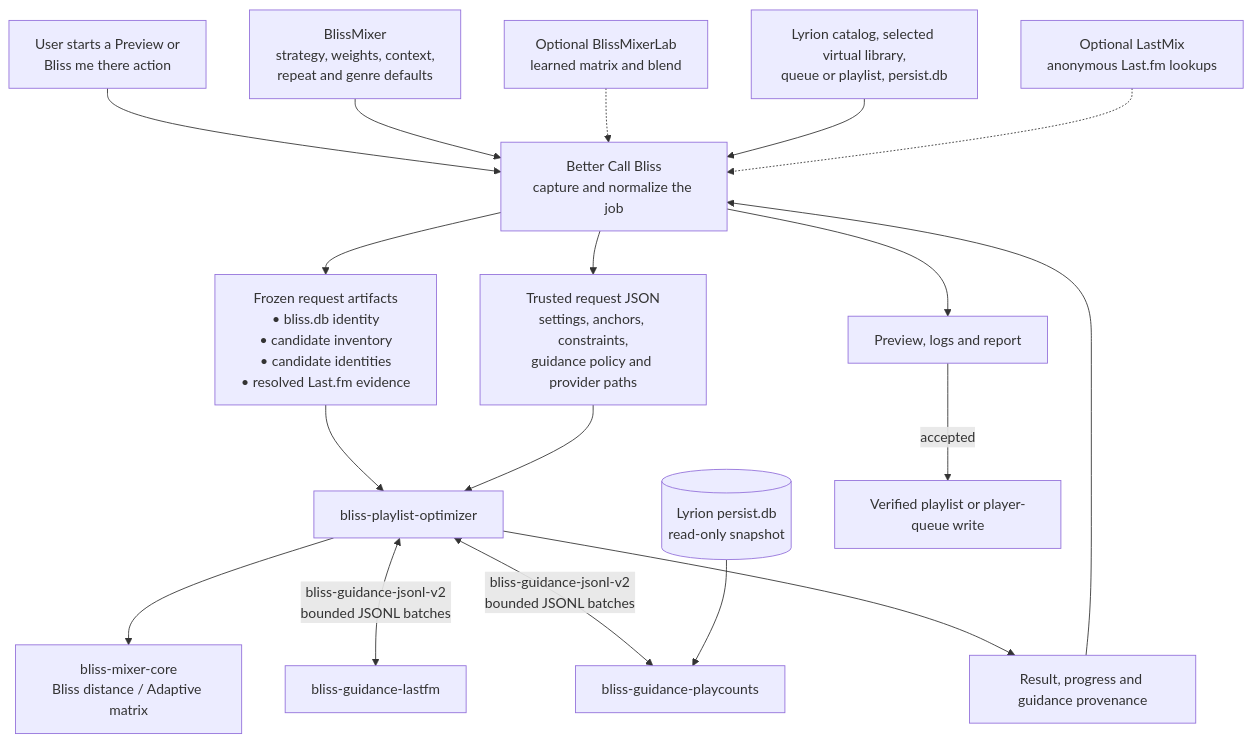
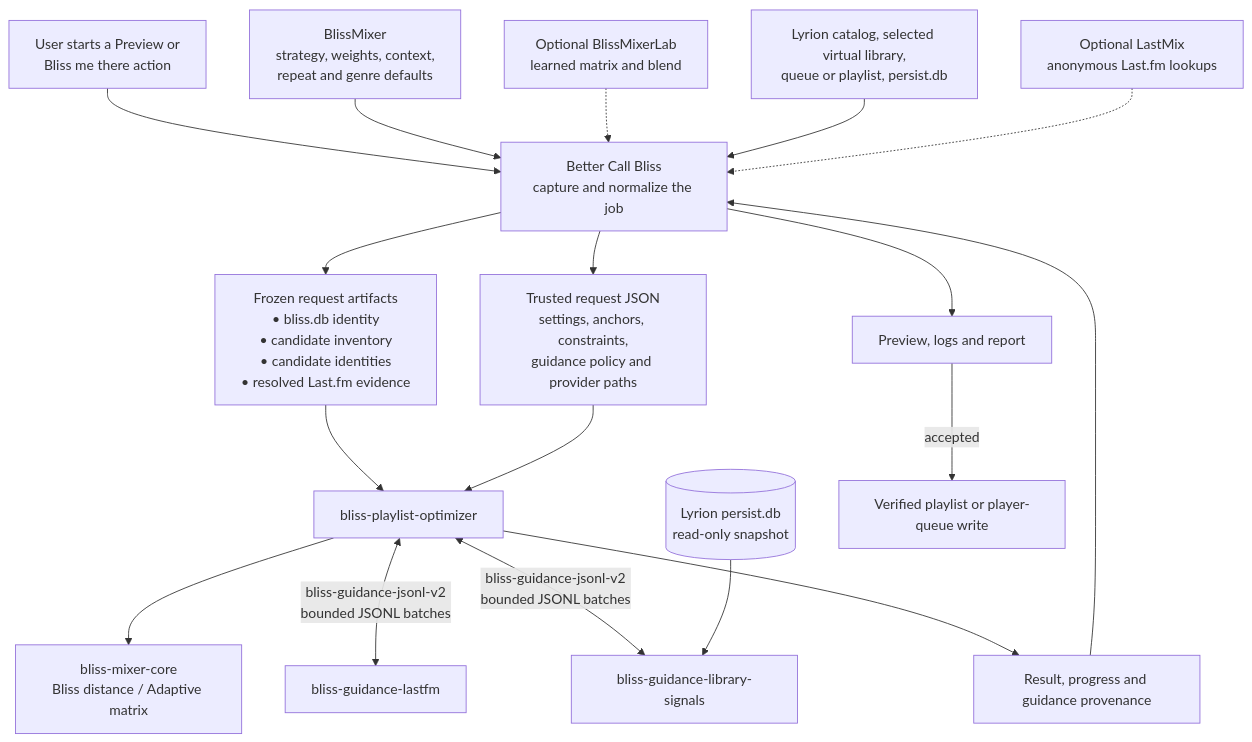
The first of 6 diagrams in docs/GUIDANCE_DATA_FLOW.md (chrober/lms-better-call-bliss), drawn with Mermaid before and after one commit. The commit also changed other lines of this file and 17 other files, not shown here.

Commit message:
feat: add local library guidance signals

````diff
--- a/docs/GUIDANCE_DATA_FLOW.md
+++ b/docs/GUIDANCE_DATA_FLOW.md
@@ -20,23 +20,23 @@
 ```mermaid
 flowchart TB
     U["User starts a Preview or<br/>Bliss me there action"] --> B
     BM["BlissMixer<br/>strategy, weights, context,<br/>repeat and genre defaults"] --> B["Better Call Bliss<br/>capture and normalize the job"]
     LAB["Optional BlissMixerLab<br/>learned matrix and blend"] -.-> B
     LMS["Lyrion catalog, selected virtual library,<br/>queue or playlist, persist.db"] --> B
     LM["Optional LastMix<br/>anonymous Last.fm lookups"] -.-> B
 
     B --> I["Frozen request artifacts<br/>• bliss.db identity<br/>• candidate inventory<br/>• candidate identities<br/>• resolved Last.fm evidence"]
     B --> R["Trusted request JSON<br/>settings, anchors, constraints,<br/>guidance policy and provider paths"]
     I --> O["bliss-playlist-optimizer"]
     R --> O
 
     O --> C["bliss-mixer-core<br/>Bliss distance / Adaptive matrix"]
     O <-->|"bliss-guidance-jsonl-v2<br/>bounded JSONL batches"| L["bliss-guidance-lastfm"]
-    O <-->|"bliss-guidance-jsonl-v2<br/>bounded JSONL batches"| P["bliss-guidance-playcounts"]
+    O <-->|"bliss-guidance-jsonl-v2<br/>bounded JSONL batches"| P["bliss-guidance-library-signals"]
     DB[("Lyrion persist.db<br/>read-only snapshot")] --> P
 
     O --> A["Result, progress and guidance provenance"]
     A --> B
     B --> V["Preview, logs and report"]
     V -->|"accepted"| W["Verified playlist or player-queue write"]
 ```
````
